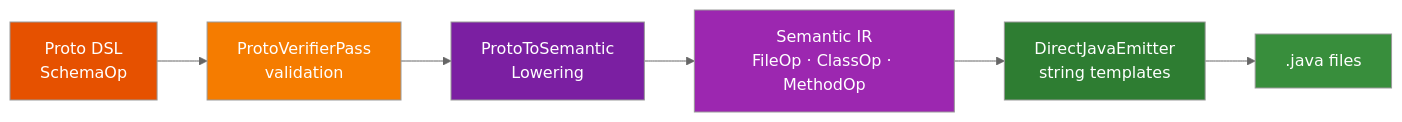
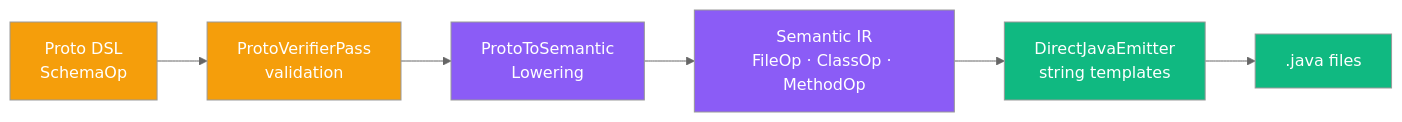
Before and after one commit to alnovis/ircraft: diagram 12 of 12 in docs/ARCHITECTURE.md, drawn with Mermaid (neutral theme). The commit also changed other lines of this file and 53 other files, not shown here.

First line of the commit message:
refactor(core): two-level Operation architecture with regions as source of truth

````diff
--- a/docs/ARCHITECTURE.md
+++ b/docs/ARCHITECTURE.md
@@ -228,18 +424,18 @@
 ```mermaid
 flowchart LR
     DSL["Proto DSL\nSchemaOp"]
     VER["ProtoVerifierPass\nvalidation"]
     LOW["ProtoToSemantic\nLowering"]
     SEM["Semantic IR\nFileOp · ClassOp · MethodOp"]
     EMIT["DirectJavaEmitter\nstring templates"]
     OUT[".java files"]
 
     DSL --> VER --> LOW --> SEM --> EMIT --> OUT
 
-    style DSL fill:#e65100,color:#fff
-    style VER fill:#f57c00,color:#fff
-    style LOW fill:#7b1fa2,color:#fff
-    style SEM fill:#9c27b0,color:#fff
-    style EMIT fill:#2e7d32,color:#fff
-    style OUT fill:#388e3c,color:#fff
+    style DSL fill:#f59e0b,color:#fff
+    style VER fill:#f59e0b,color:#fff
+    style LOW fill:#8b5cf6,color:#fff
+    style SEM fill:#8b5cf6,color:#fff
+    style EMIT fill:#10b981,color:#fff
+    style OUT fill:#10b981,color:#fff
 ```
````
